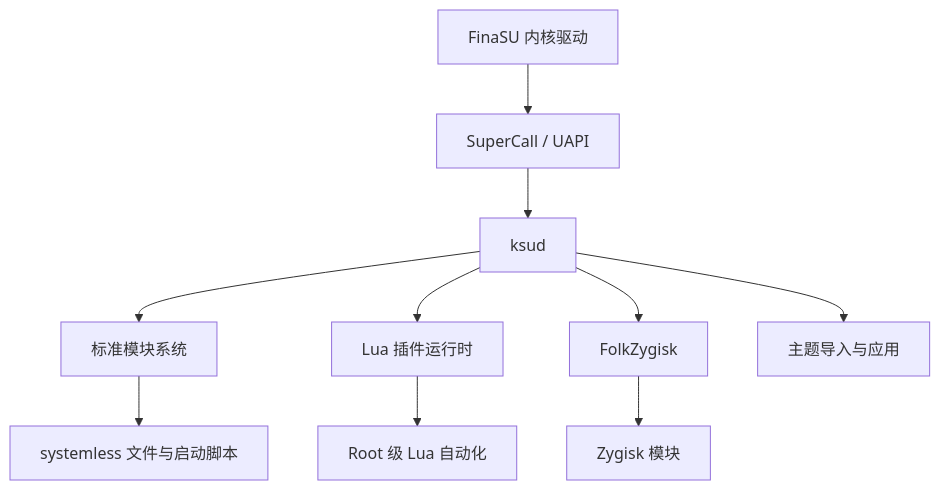
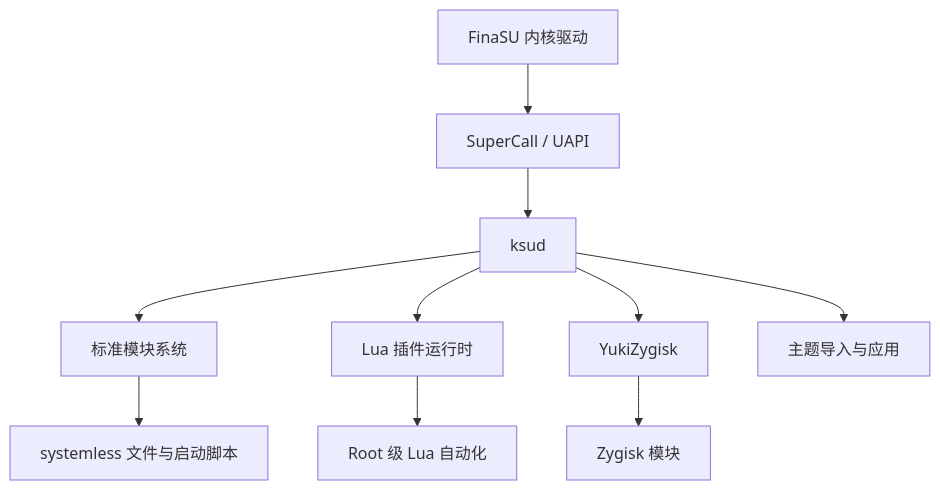
The diagram in website/docs/developer/README.md (LxyaoX/FinaSU), drawn with Mermaid before and after one commit. The commit also changed other lines of this file and 135 other files, not shown here.

````diff
--- a/website/docs/developer/README.md
+++ b/website/docs/developer/README.md
@@ -48,12 +48,12 @@
 ```mermaid
 flowchart TD
     K["FinaSU 内核驱动"] --> U["SuperCall / UAPI"]
     U --> D["ksud"]
     D --> M["标准模块系统"]
     D --> P["Lua 插件运行时"]
-    D --> Z["FolkZygisk"]
+    D --> Z["YukiZygisk"]
     Z --> ZM["Zygisk 模块"]
     D --> T["主题导入与应用"]
     M --> F["systemless 文件与启动脚本"]
     P --> X["Root 级 Lua 自动化"]
 ```
````
